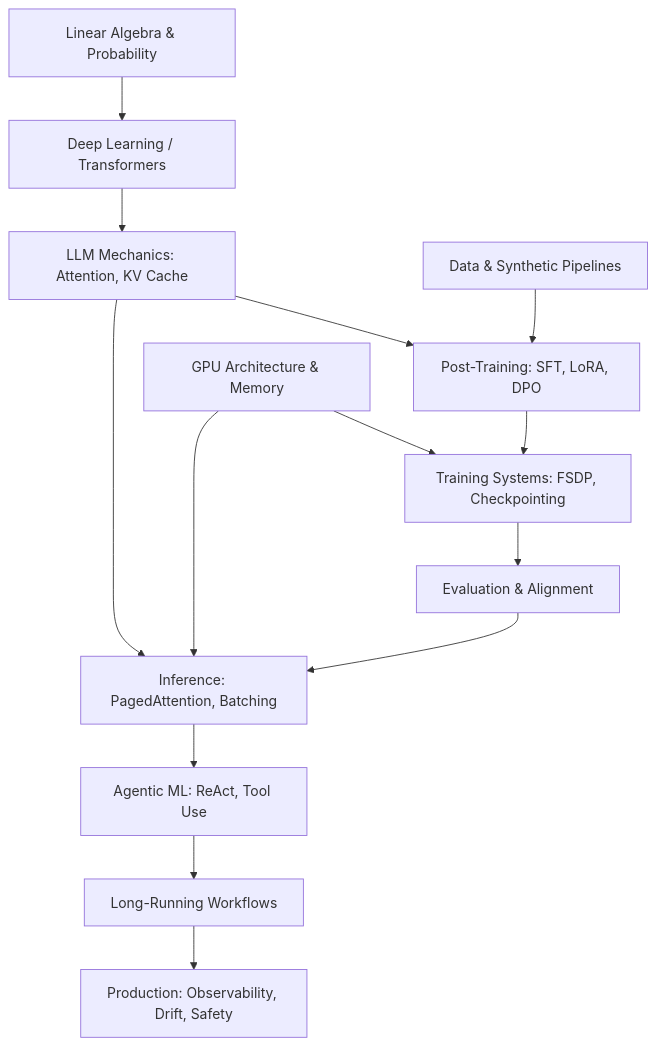
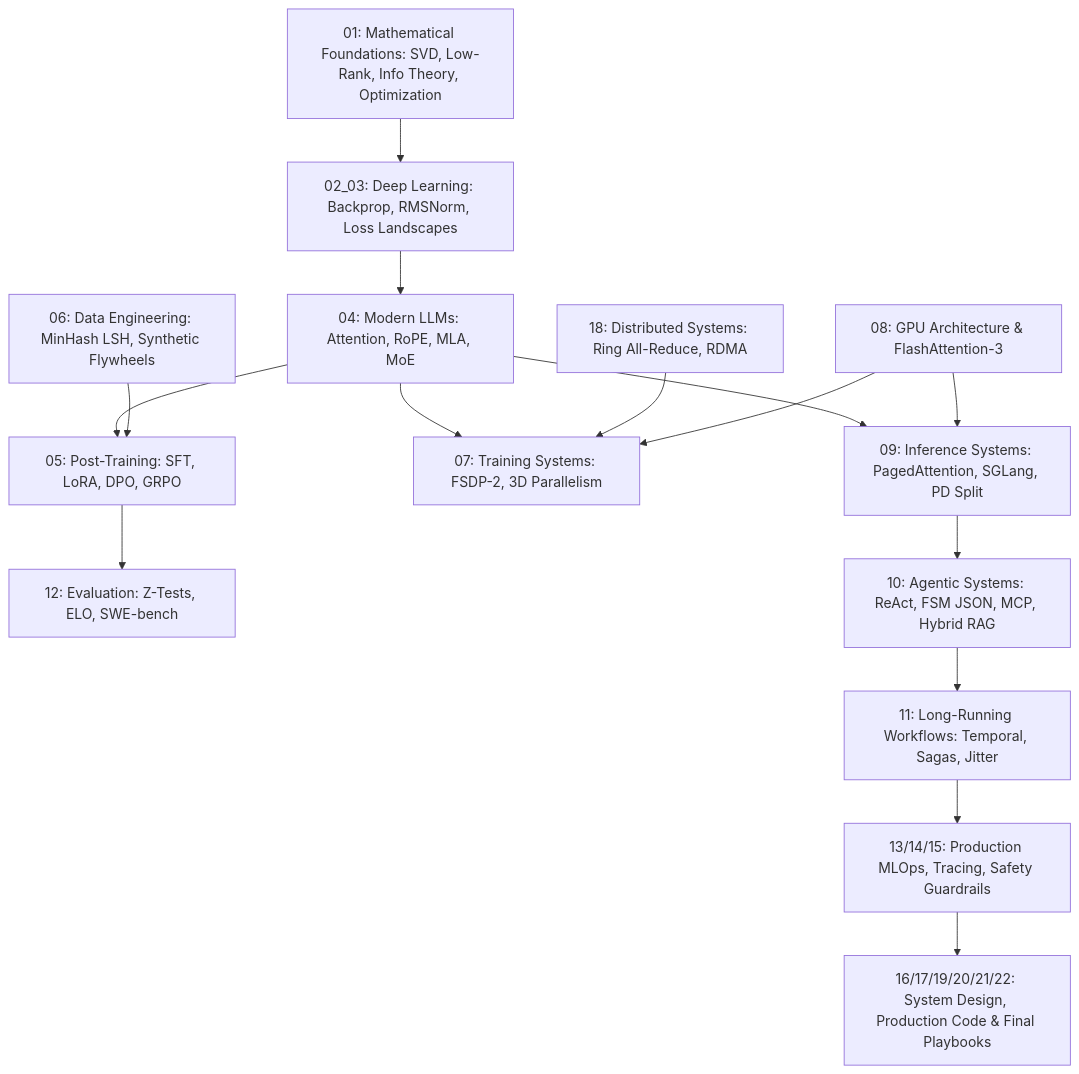
Before and after one commit to PrajyotKore/ML-Engineer-Notes-LLM-and-Agentic-Systems: the diagram in README.md, drawn with Mermaid. The commit also changed other lines of this file and 23 other files, not shown here.

````diff
--- a/README.md
+++ b/README.md
@@ -24,19 +22,26 @@
 ```mermaid
 flowchart TD
-    Math[Linear Algebra & Probability] --> DL[Deep Learning / Transformers]
-    DL --> LLM[LLM Mechanics: Attention, KV Cache]
-
-    Data[Data & Synthetic Pipelines] --> PT[Post-Training: SFT, LoRA, DPO]
+    %% Base Layer
+    Math[01: Mathematical Foundations: SVD, Low-Rank, Info Theory, Optimization] --> DL[02_03: Deep Learning: Backprop, RMSNorm, Loss Landscapes]
+    DL --> LLM[04: Modern LLMs: Attention, RoPE, MLA, MoE]
+    
+    %% Hardware & Performance Layer
+    GPU[08: GPU Architecture & FlashAttention-3] --> Inf[09: Inference Systems: PagedAttention, SGLang, PD Split]
+    GPU --> TS[07: Training Systems: FSDP-2, 3D Parallelism]
+    Net[18: Distributed Systems: Ring All-Reduce, RDMA] --> TS
+    LLM --> Inf
+    LLM --> TS
+    
+    %% Training & Alignment Layer
+    Data[06: Data Engineering: MinHash LSH, Synthetic Flywheels] --> PT[05: Post-Training: SFT, LoRA, DPO, GRPO]
     LLM --> PT
-    GPU[GPU Architecture & Memory] --> TS[Training Systems: FSDP, Checkpointing]
-    PT --> TS
-    TS --> Eval[Evaluation & Alignment]
-
-    GPU --> Inf[Inference: PagedAttention, Batching]
-    LLM --> Inf
-    Eval --> Inf
-
-    Inf --> Agent[Agentic ML: ReAct, Tool Use]
-    Agent --> Rel[Long-Running Workflows]
-    Rel --> Prod[Production: Observability, Drift, Safety]
+    PT --> Eval[12: Evaluation: Z-Tests, ELO, SWE-bench]
+    
+    %% Serving & Agent Layer
+    Inf --> Agent[10: Agentic Systems: ReAct, FSM JSON, MCP, Hybrid RAG]
+    Agent --> Rel[11: Long-Running Workflows: Temporal, Sagas, Jitter]
+    Rel --> Prod[13/14/15: Production MLOps, Tracing, Safety Guardrails]
+    
+    %% Synthesis Layer
+    Prod --> SysDes[16/17/19/20/21/22: System Design, Production Code & Final Playbooks]
 ```
````
